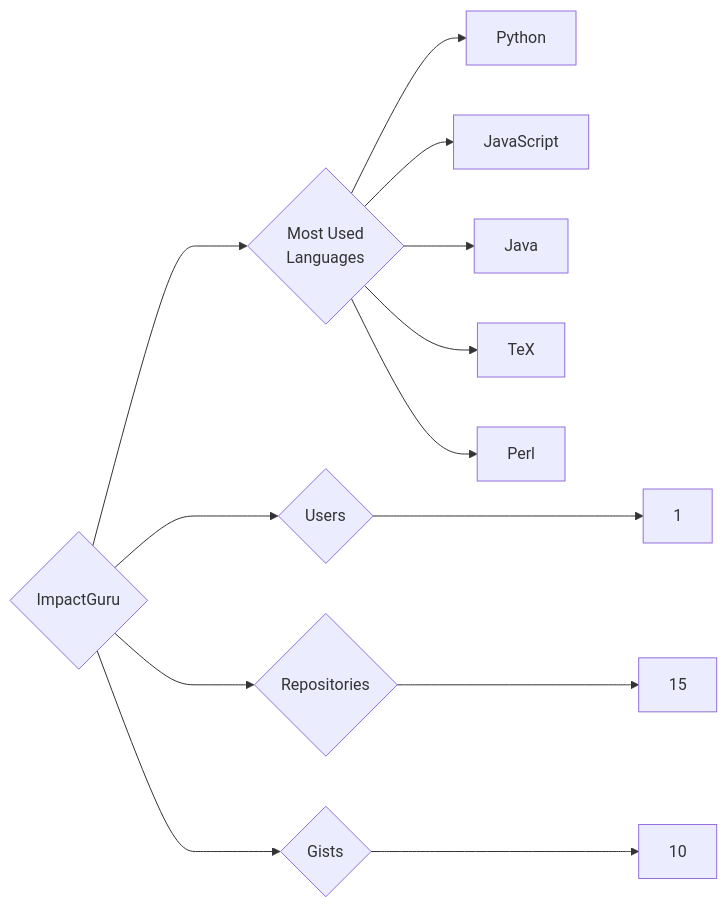
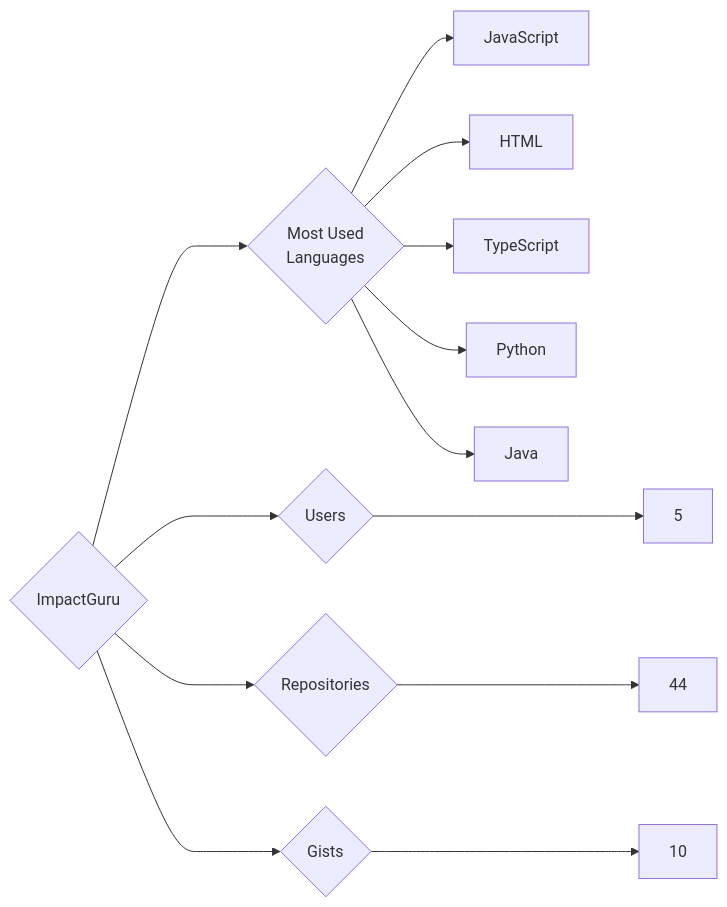
Before and after one commit to trickest/insiders: the diagram in targets/ImpactGuru/README.md, drawn with Mermaid. The commit also changed 1175 other files, not shown here.

````diff
--- a/targets/ImpactGuru/README.md
+++ b/targets/ImpactGuru/README.md
@@ -3,13 +3,13 @@
 ```mermaid
 graph LR
 COMPANY_NAME{ImpactGuru}
-COMPANY_NAME ---> U{Users} ---> UN[1]
-COMPANY_NAME ---> R{Repositories} ---> RN[15]
+COMPANY_NAME ---> U{Users} ---> UN[5]
+COMPANY_NAME ---> R{Repositories} ---> RN[44]
 COMPANY_NAME ---> G{Gists} ---> GN[10]
 COMPANY_NAME ---> ML{Most Used<br>Languages}
+ML --> JavaScript[JavaScript]
+ML --> HTML[HTML]
+ML --> TypeScript[TypeScript]
 ML --> Python[Python]
-ML --> JavaScript[JavaScript]
 ML --> Java[Java]
-ML --> TeX[TeX]
-ML --> Perl[Perl]
 ```
````
